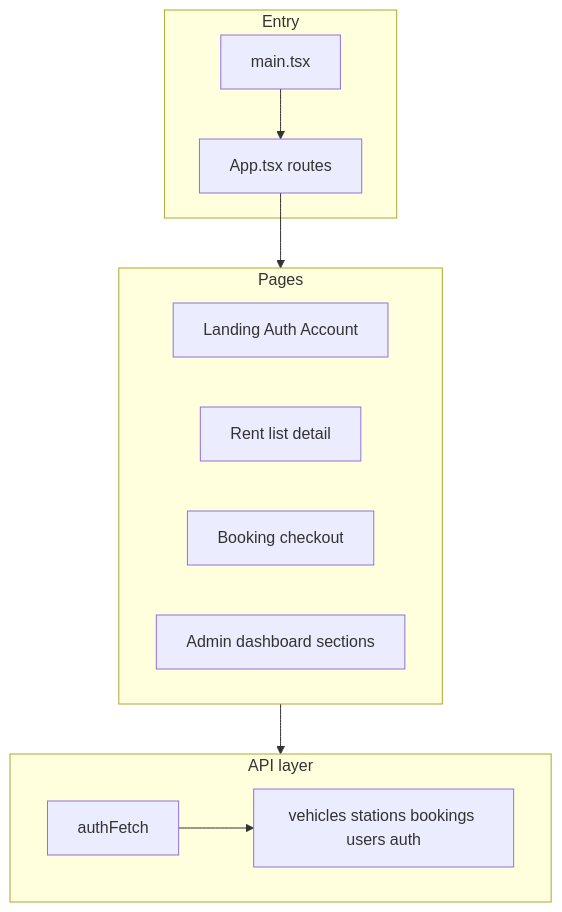
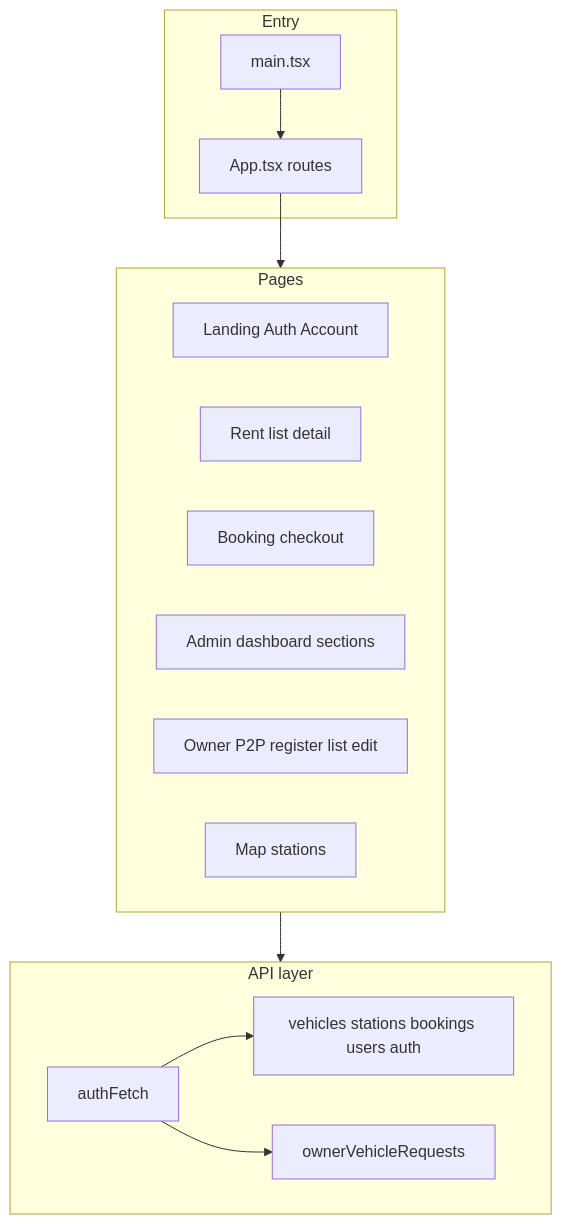
The sixth of 9 diagrams in architecture.md (dangkhoi88x/UngDungGoiXe), drawn with Mermaid before and after one commit. The commit also changed other lines of this file and 48 other files, not shown here.

````diff
--- a/architecture.md
+++ b/architecture.md
@@ -249,21 +249,25 @@
 ```mermaid
 flowchart TB
   subgraph entry [Entry]
     main[main.tsx]
     App[App.tsx routes]
   end
   subgraph pages [Pages]
     P1[Landing Auth Account]
     P2[Rent list detail]
     P3[Booking checkout]
     P4[Admin dashboard sections]
+    P5[Owner P2P register list edit]
+    P6[Map stations]
   end
   subgraph api [API layer]
     AF[authFetch]
     M[vehicles stations bookings users auth]
+    OVR[ownerVehicleRequests]
   end
   main --> App
   App --> pages
   pages --> api
   AF --> M
+  AF --> OVR
 ```
````
